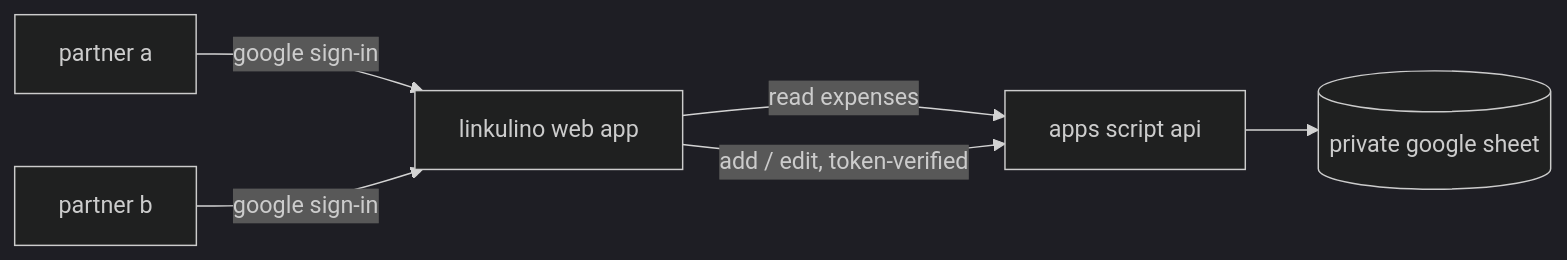
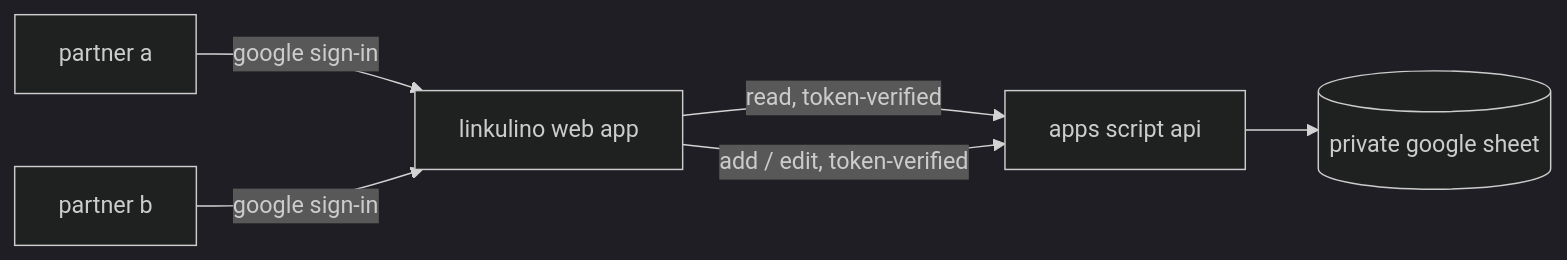
One commit to leandroestrella/linkulino changed the diagram in README.md. Above: the diagram before and after it, drawn with Mermaid. The commit also changed other lines of this file and 2 other files, not shown here.

````diff
--- a/README.md
+++ b/README.md
@@ -13,9 +13,9 @@
 ```mermaid
 %%{init: {'theme': 'dark'}}%%
 flowchart LR
     A[partner a] -->|google sign-in| SPA[linkulino web app]
     B[partner b] -->|google sign-in| SPA
-    SPA -->|read expenses| GAS[apps script api]
+    SPA -->|read, token-verified| GAS[apps script api]
     SPA -->|add / edit, token-verified| GAS
     GAS --> SHEET[(private google sheet)]
 ```
````
